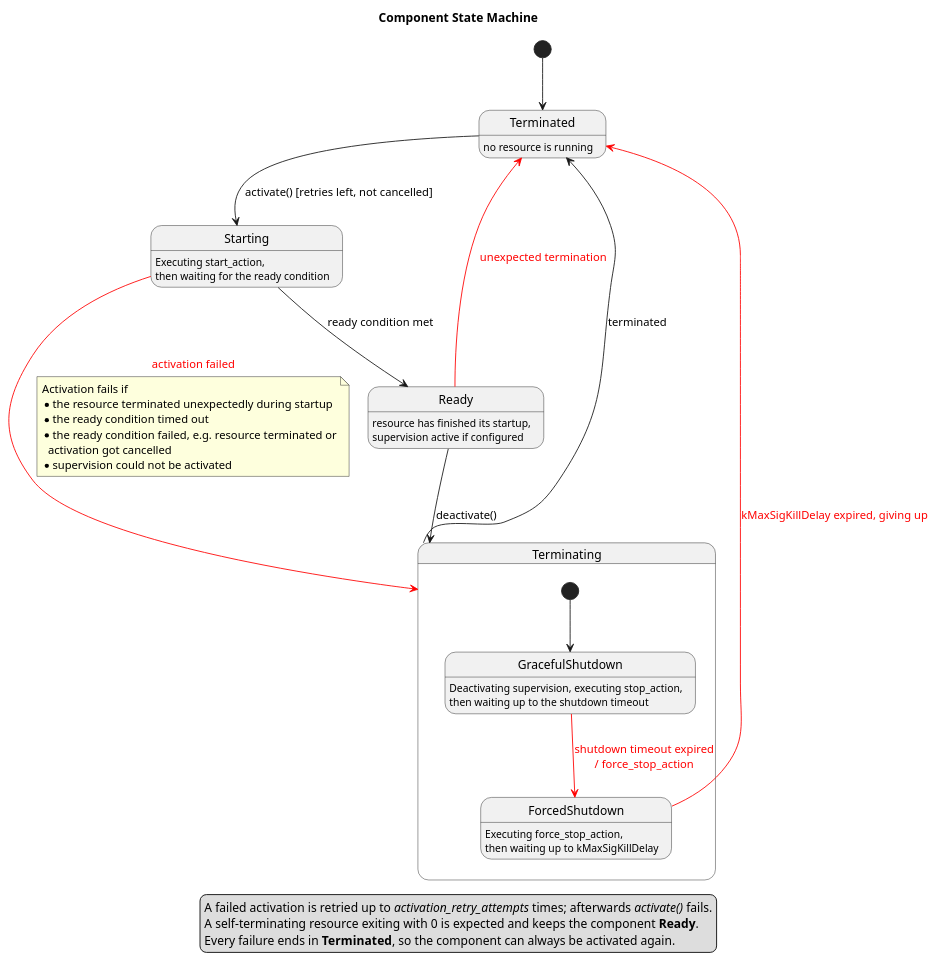
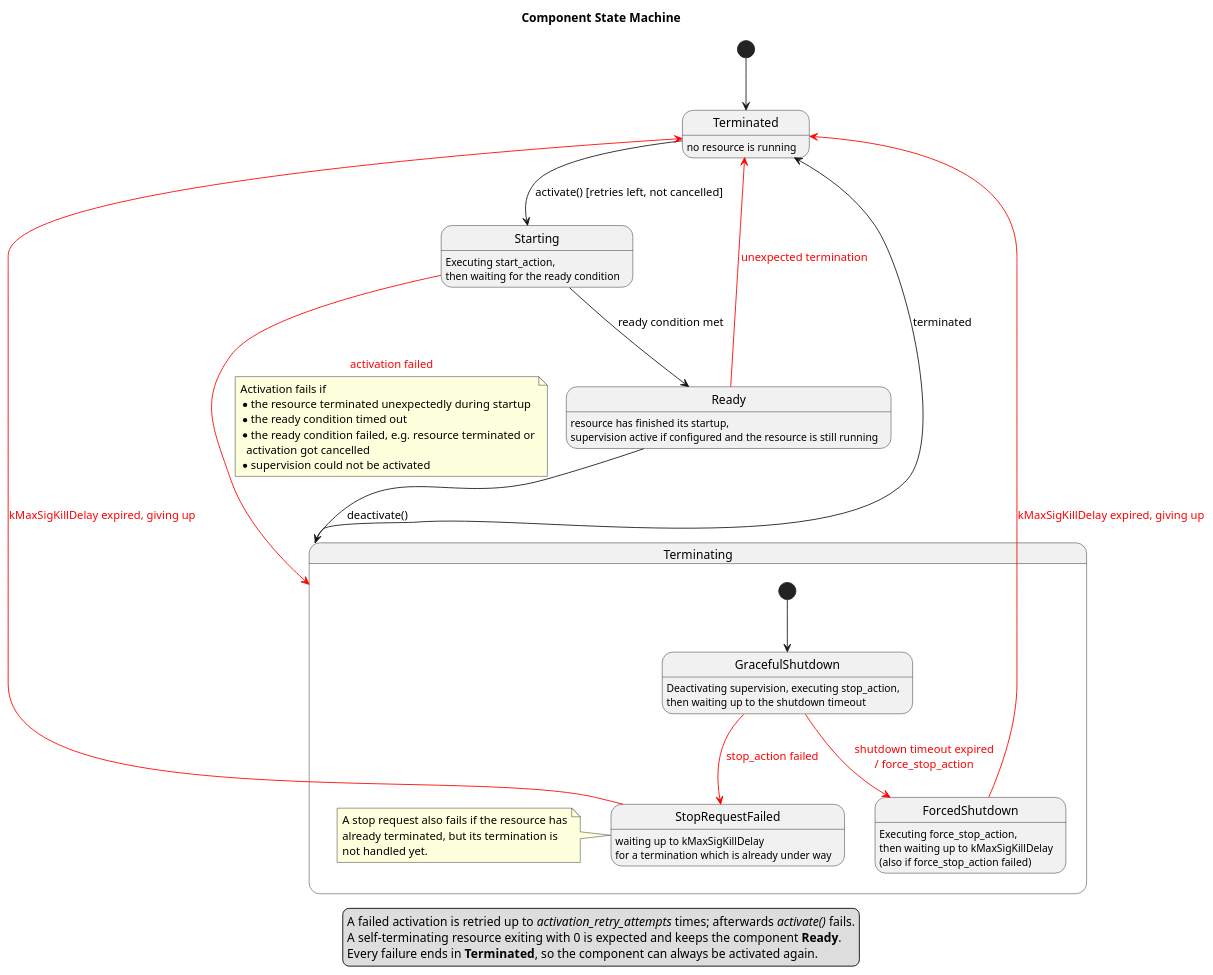
The diagram in score/launch_manager/docs/detailed_design/_assets/component_states.puml (eclipse-score/lifecycle), drawn with PlantUML before and after one commit. The commit also changed 2 other files, not shown here.

Commit message:
Handle case where stop_action fails

```diff
--- a/score/launch_manager/docs/detailed_design/_assets/component_states.puml
+++ b/score/launch_manager/docs/detailed_design/_assets/component_states.puml
@@ -14,42 +14,51 @@
 @startuml component_states
 
 title Component State Machine
 
 state Terminated : no resource is running
 state Starting : Executing start_action,\nthen waiting for the ready condition
-state Ready : resource has finished its startup,\nsupervision active if configured
+state Ready : resource has finished its startup,\nsupervision active if configured and the resource is still running
 state Terminating {
   state GracefulShutdown : Deactivating supervision, executing stop_action,\nthen waiting up to the shutdown timeout
-  state ForcedShutdown : Executing force_stop_action,\nthen waiting up to kMaxSigKillDelay
+  state StopRequestFailed : waiting up to kMaxSigKillDelay\nfor a termination which is already under way
+  state ForcedShutdown : Executing force_stop_action,\nthen waiting up to kMaxSigKillDelay\n(also if force_stop_action failed)
 
   [*] --> GracefulShutdown
+  GracefulShutdown -[#red]-> StopRequestFailed : <color:red>stop_action failed</color>
   GracefulShutdown -[#red]-> ForcedShutdown : <color:red>shutdown timeout expired</color>\n<color:red>/ force_stop_action</color>
+
+  note left of StopRequestFailed
+    A stop request also fails if the resource has
+    already terminated, but its termination is
+    not handled yet.
+  end note
 }
 
 [*] -d-> Terminated
 
 Terminated -down-> Starting : activate() [retries left, not cancelled]
 Starting --> Ready : ready condition met
 Starting -[#red]-> Terminating : <color:red>activation failed</color>
 note on link
   Activation fails if
   * the resource terminated unexpectedly during startup
   * the ready condition timed out
   * the ready condition failed, e.g. resource terminated or
     activation got cancelled
   * supervision could not be activated
 end note
 
 Ready --> Terminating : deactivate()
 Ready -up[#red]-> Terminated : <color:red>unexpected termination</color>
 
 Terminating -up-> Terminated : terminated
+StopRequestFailed -up[#red]-> Terminated : <color:red>kMaxSigKillDelay expired, giving up</color>
 ForcedShutdown -up[#red]-> Terminated : <color:red>kMaxSigKillDelay expired, giving up</color>
 
 legend bottom
   A failed activation is retried up to //activation_retry_attempts// times; afterwards //activate()// fails.
   A self-terminating resource exiting with 0 is expected and keeps the component **Ready**.
   Every failure ends in **Terminated**, so the component can always be activated again.
 endlegend
 
 @enduml
```
